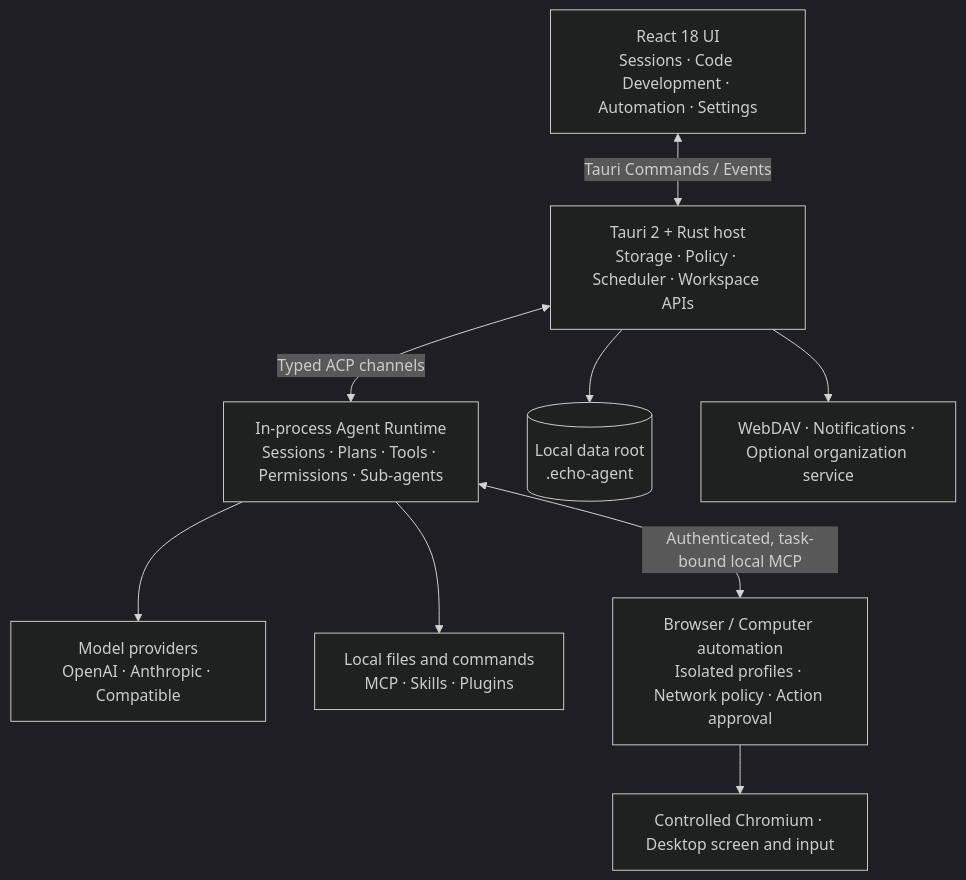
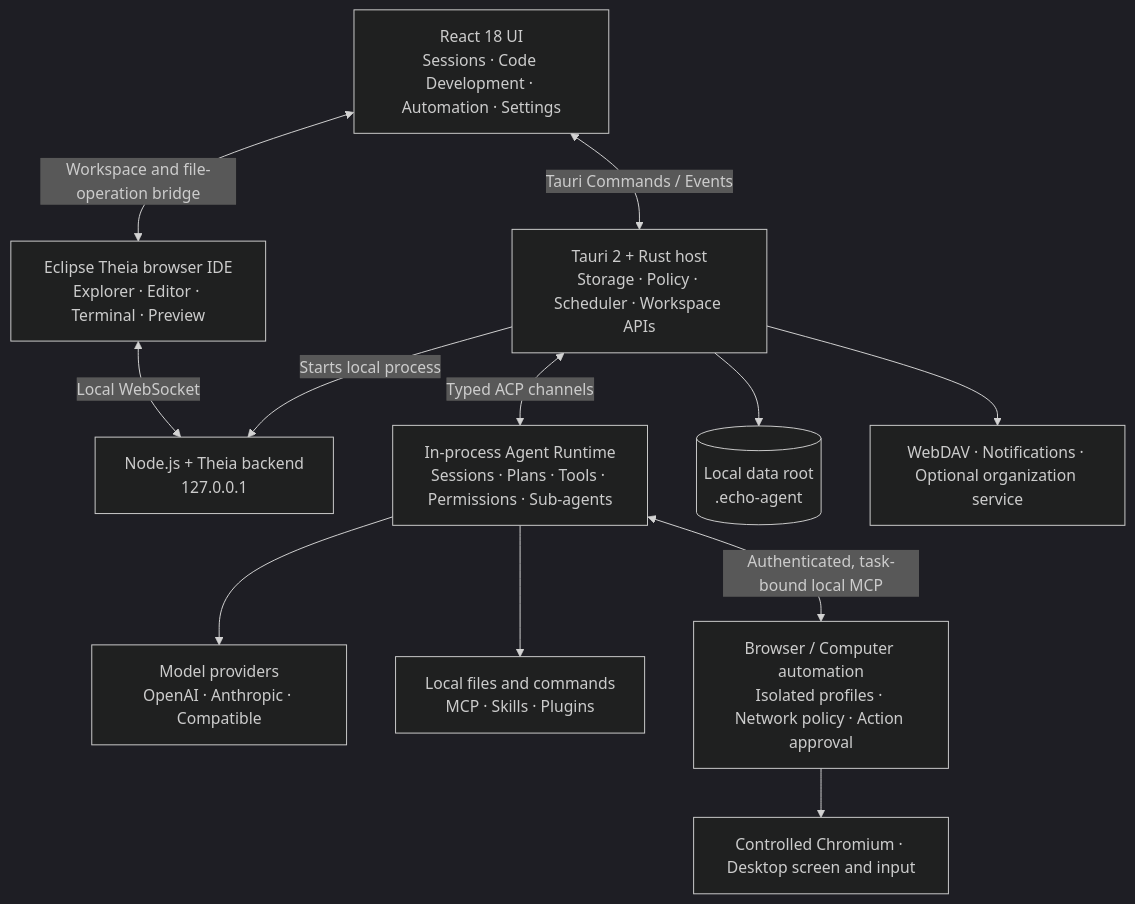
Before and after one commit to fuyuxiang/echo-agent-desktop: the diagram in README.en.md, drawn with Mermaid (dark theme). The commit also changed other lines of this file and 13 other files, not shown here.

````diff
--- a/README.en.md
+++ b/README.en.md
@@ -176,11 +188,14 @@
 ```mermaid
 flowchart TB
     UI[React 18 UI<br/>Sessions · Code Development · Automation · Settings] <-->|Tauri Commands / Events| HOST[Tauri 2 + Rust host<br/>Storage · Policy · Scheduler · Workspace APIs]
+    UI <-->|Workspace and file-operation bridge| IDE[Eclipse Theia browser IDE<br/>Explorer · Editor · Terminal · Preview]
+    HOST -->|Starts local process| IDEBACK[Node.js + Theia backend<br/>127.0.0.1]
+    IDE <-->|Local WebSocket| IDEBACK
     HOST <-->|Typed ACP channels| RUNTIME[In-process Agent Runtime<br/>Sessions · Plans · Tools · Permissions · Sub-agents]
     RUNTIME --> MODELS[Model providers<br/>OpenAI · Anthropic · Compatible]
     RUNTIME --> TOOLS[Local files and commands<br/>MCP · Skills · Plugins]
     RUNTIME <-->|Authenticated, task-bound local MCP| AUTO[Browser / Computer automation<br/>Isolated profiles · Network policy · Action approval]
     AUTO --> SURFACE[Controlled Chromium · Desktop screen and input]
     HOST --> DATA[(Local data root<br/>.echo-agent)]
     HOST --> EXT[WebDAV · Notifications · Optional organization service]
 ```
````
